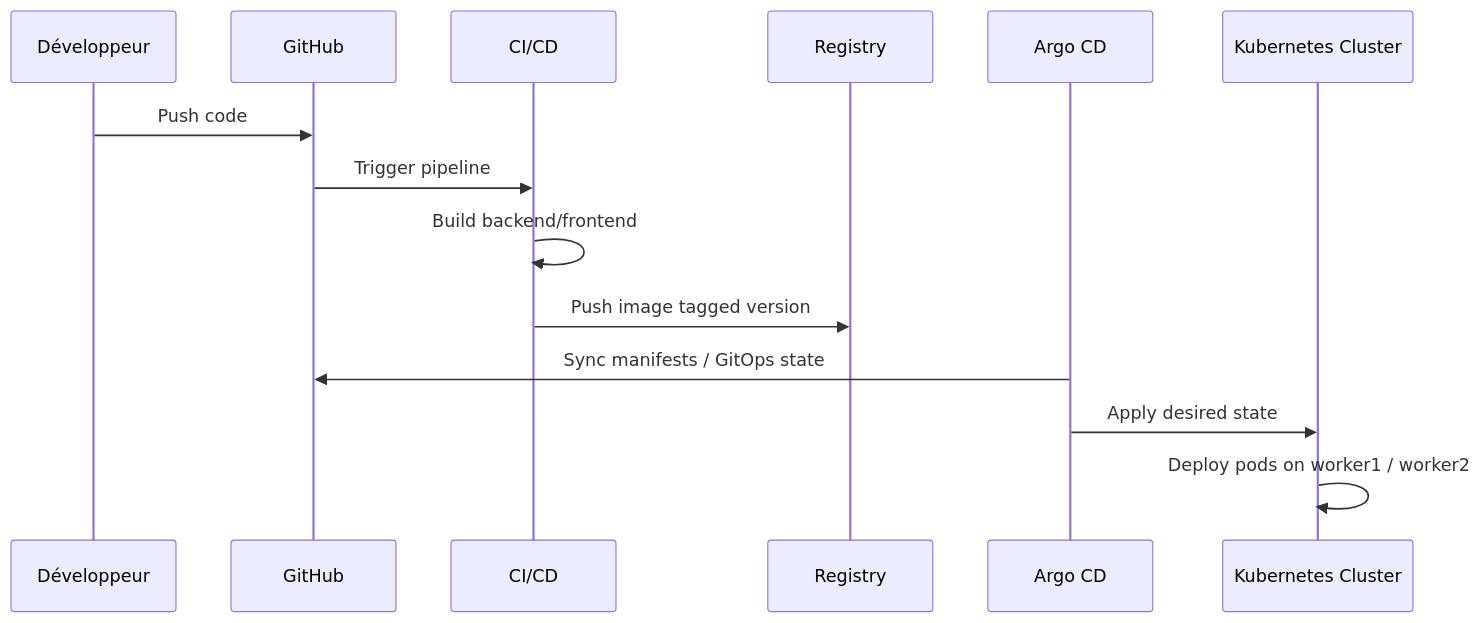
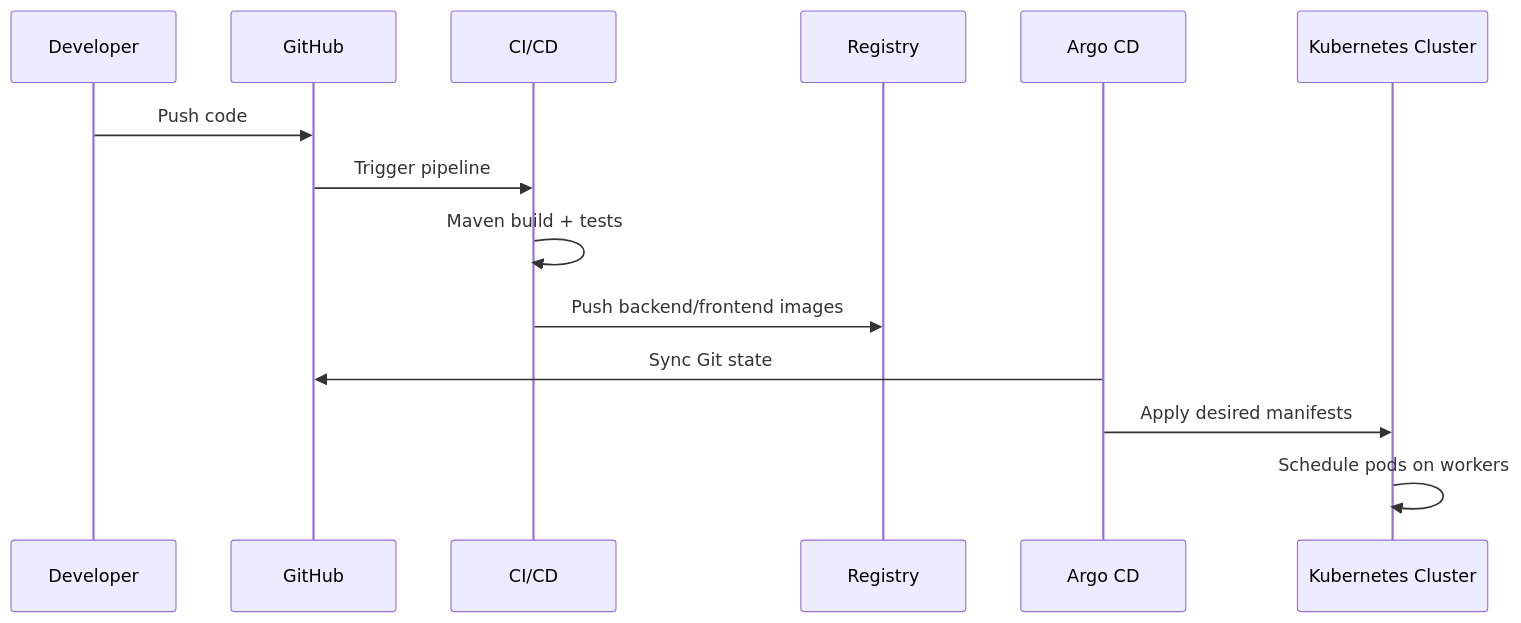
One commit to najeh-toumi-devops/k8s-demo-app changed the fourth of 4 diagrams in README.md. Above: the diagram before and after it, drawn with Mermaid. The commit also changed other lines of this file and 1 other file, not shown here.

Commit message:
Add Argo CD GitOps manifest and deployment docs

````diff
--- a/README.md
+++ b/README.md
@@ -50,17 +247,17 @@
 ```mermaid
 sequenceDiagram
-    participant D as Développeur
+    participant D as Developer
     participant G as GitHub
     participant C as CI/CD
     participant R as Registry
     participant A as Argo CD
     participant K as Kubernetes Cluster
 
     D->>G: Push code
     G->>C: Trigger pipeline
-    C->>C: Build backend/frontend
-    C->>R: Push image tagged version
-    A->>G: Sync manifests / GitOps state
-    A->>K: Apply desired state
-    K->>K: Deploy pods on worker1 / worker2
+    C->>C: Maven build + tests
+    C->>R: Push backend/frontend images
+    A->>G: Sync Git state
+    A->>K: Apply desired manifests
+    K->>K: Schedule pods on workers
 ```
````
